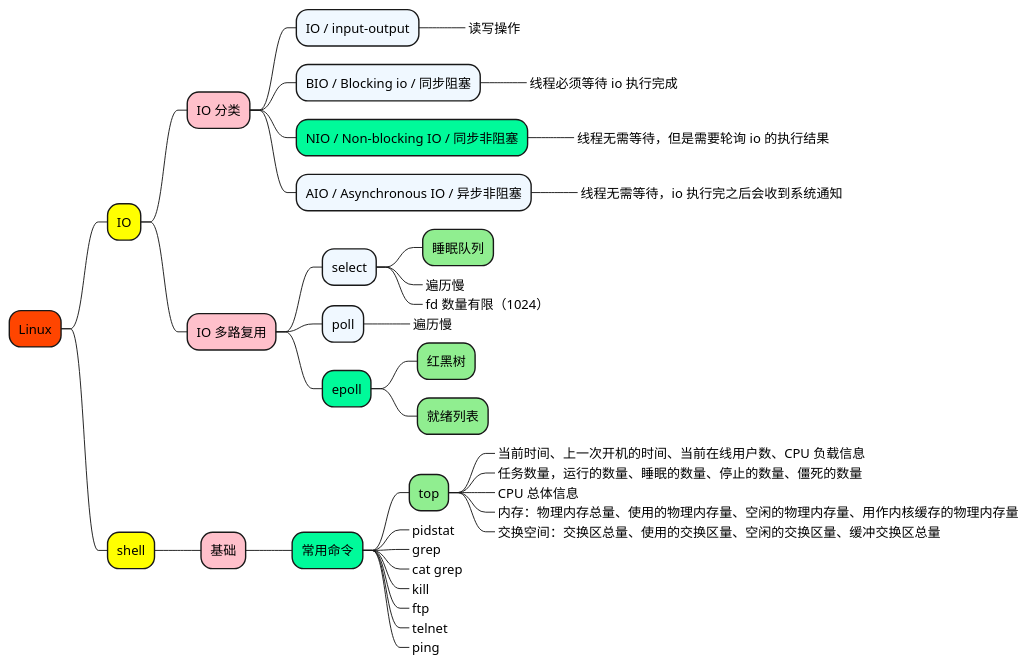
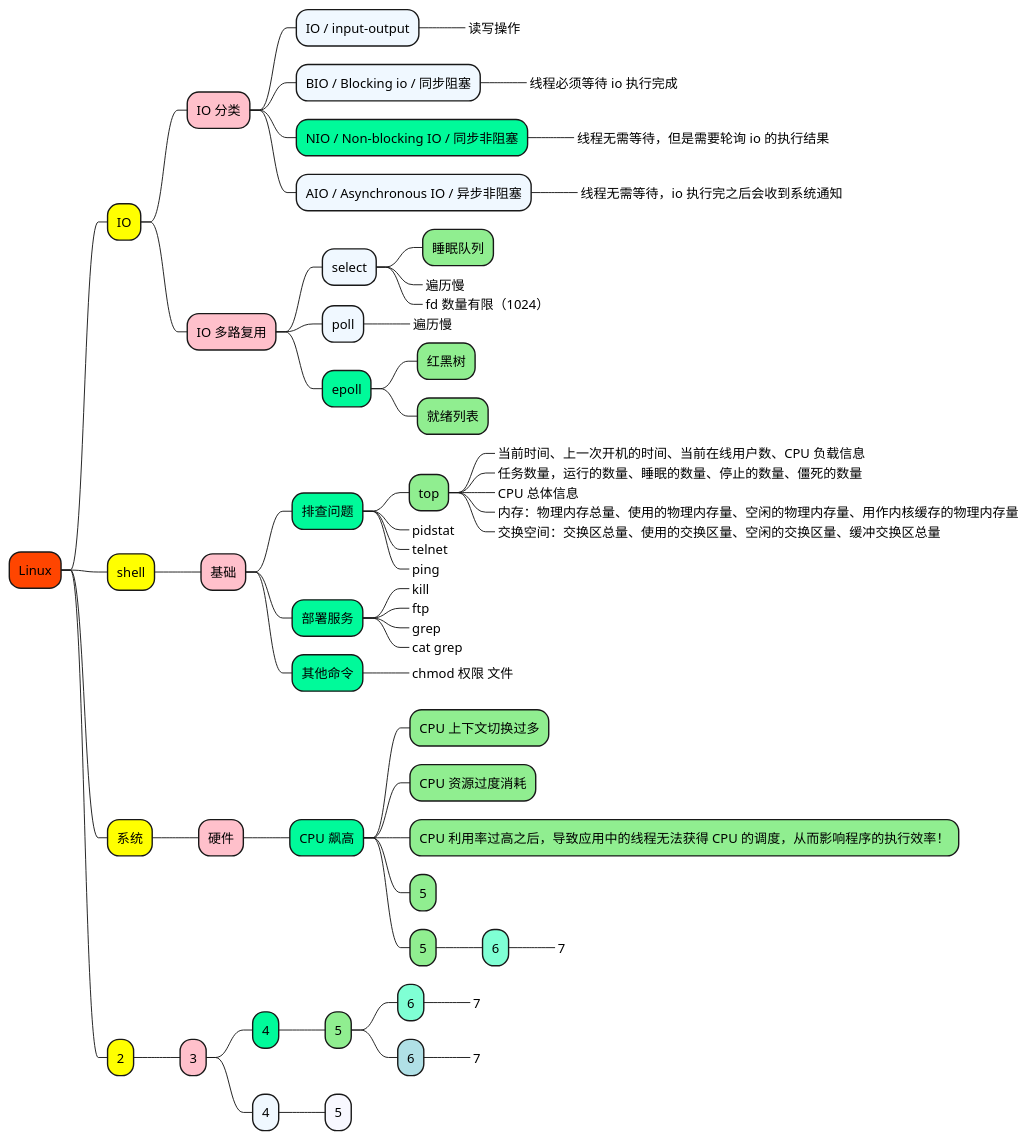
Before and after one commit to doveg/self-cultivation-of-a-software-engineer: the diagram in 1_map/server/Linux.puml, drawn with PlantUML. The commit also changed 16 other files, not shown here.

```diff
--- a/1_map/server/Linux.puml
+++ b/1_map/server/Linux.puml
@@ -1,53 +1,88 @@
 @startmindmap
 
 +[#OrangeRed] Linux
 
 ++[#yellow] IO
 
 +++[#Pink] IO 分类
 ++++[#AliceBlue] IO / input-output
 +++++_ 读写操作
 ++++[#AliceBlue] BIO / Blocking io / 同步阻塞
 +++++_ 线程必须等待 io 执行完成
 ++++[#MediumSpringGreen] NIO / Non-blocking IO / 同步非阻塞
 +++++_ 线程无需等待，但是需要轮询 io 的执行结果
 ++++[#AliceBlue] AIO / Asynchronous IO / 异步非阻塞
 +++++_ 线程无需等待，io 执行完之后会收到系统通知
 
 +++[#Pink] IO 多路复用
 
 ++++[#AliceBlue] select
 +++++[#LightGreen] 睡眠队列
 +++++[#LightGreen]_ 遍历慢
 +++++[#LightGreen]_ fd 数量有限（1024）
 
 ++++[#AliceBlue] poll
 +++++[#Aquamarine]_ 遍历慢
 
 ++++[#MediumSpringGreen] epoll
 +++++[#LightGreen] 红黑树
 +++++[#LightGreen] 就绪列表
 
 
 ++[#yellow] shell
 
 +++[#Pink] 基础
 
-++++[#MediumSpringGreen] 常用命令
+++++[#MediumSpringGreen] 排查问题
 +++++[#LightGreen] top
 ++++++[#Aquamarine]_ 当前时间、上一次开机的时间、当前在线用户数、CPU 负载信息
 ++++++[#Aquamarine]_ 任务数量，运行的数量、睡眠的数量、停止的数量、僵死的数量
 ++++++[#Aquamarine]_ CPU 总体信息
 ++++++[#Aquamarine]_ 内存：物理内存总量、使用的物理内存量、空闲的物理内存量、用作内核缓存的物理内存量
 ++++++[#Aquamarine]_ 交换空间：交换区总量、使用的交换区量、空闲的交换区量、缓冲交换区总量
 +++++[#GhostWhite]_ pidstat
-+++++[#GhostWhite]_ grep
-+++++[#GhostWhite]_ cat grep
-+++++[#GhostWhite]_ kill
-+++++[#GhostWhite]_ ftp
 +++++[#GhostWhite]_ telnet
 +++++[#GhostWhite]_ ping
 
 
+++++[#MediumSpringGreen] 部署服务
++++++[#LightGreen]_ kill
++++++[#LightGreen]_ ftp
++++++[#LightGreen]_ grep
++++++[#LightGreen]_ cat grep
+
+
+++++[#MediumSpringGreen] 其他命令
++++++[#LightGreen]_ chmod 权限 文件
+
+
+++[#yellow] 系统
+
++++[#Pink] 硬件
+
+++++[#MediumSpringGreen] CPU 飙高
++++++[#LightGreen] CPU 上下文切换过多
++++++[#LightGreen] CPU 资源过度消耗
++++++[#LightGreen] CPU 利用率过高之后，导致应用中的线程无法获得 CPU 的调度，从而影响程序的执行效率！
++++++[#LightGreen] 5
++++++[#LightGreen] 5
+++++++[#Aquamarine] 6
++++++++[#Aquamarine]_ 7
+
+++[#yellow] 2
+
++++[#Pink] 3
+
+++++[#MediumSpringGreen] 4
++++++[#LightGreen] 5
+++++++[#Aquamarine] 6
++++++++[#Aquamarine]_ 7
+++++++[#PowderBlue] 6
++++++++[#PowderBlue]_ 7
+++++[#AliceBlue] 4
++++++[#GhostWhite] 5
+
+
+
 
 @endmindmap
```
